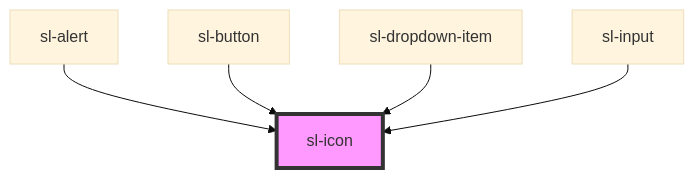
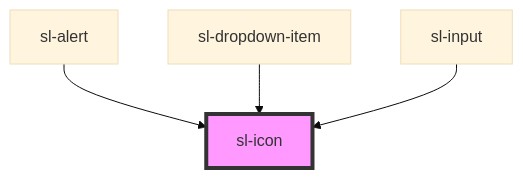
Before and after one commit to shoelace-style/shoelace: the diagram in src/components/icon/readme.md, drawn with Mermaid (base theme). The commit also changed other lines of this file and 4 other files, not shown here.

````diff
--- a/src/components/icon/readme.md
+++ b/src/components/icon/readme.md
@@ -43,8 +42,7 @@
 ```mermaid
 graph TD;
   sl-alert --> sl-icon
-  sl-button --> sl-icon
   sl-dropdown-item --> sl-icon
   sl-input --> sl-icon
   style sl-icon fill:#f9f,stroke:#333,stroke-width:4px
 ```
````
